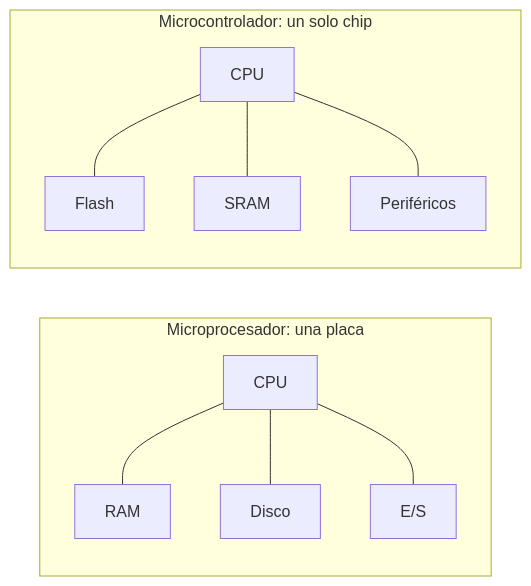
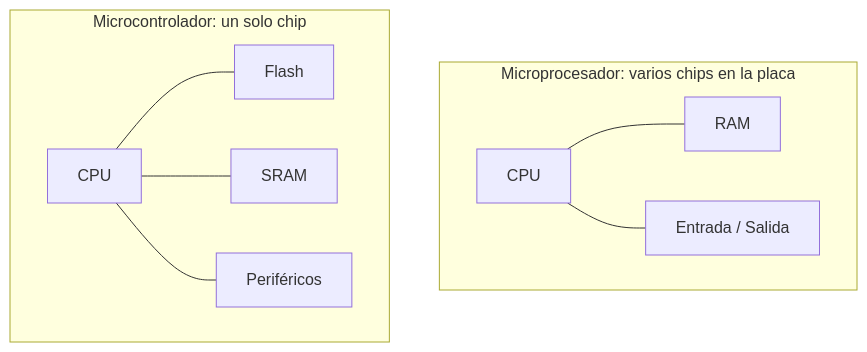
The third of 12 diagrams in unidad-1/apuntes/01-del-computador-al-microcontrolador.md (AlejandroTatum/sistemas-digitales-unl), drawn with Mermaid before and after one commit. The commit also changed other lines of this file and 16 other files, not shown here.

````diff
--- a/unidad-1/apuntes/01-del-computador-al-microcontrolador.md
+++ b/unidad-1/apuntes/01-del-computador-al-microcontrolador.md
@@ -30,13 +35,12 @@
 ```mermaid
-flowchart LR
-    subgraph MP["Microprocesador: una placa"]
+flowchart TD
+    subgraph MP["Microprocesador: varios chips en la placa"]
         CPU1["CPU"] --- RAM["RAM"]
-        CPU1 --- DISCO["Disco"]
-        CPU1 --- ES1["E/S"]
+        CPU1 --- ES1["Entrada / Salida"]
     end
     subgraph MC["Microcontrolador: un solo chip"]
         CPU2["CPU"] --- FLASH["Flash"]
         CPU2 --- SRAM["SRAM"]
         CPU2 --- PER["Periféricos"]
     end
 ```
````
